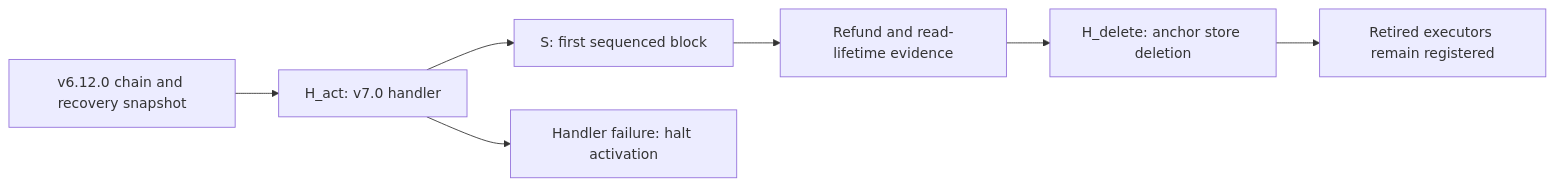
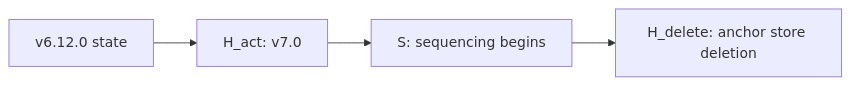
Before and after one commit to Sidiora-Labs/paxeer-monorepo: the diagram in spec/layerx-merge/docs/plans/activation-and-migration.md, drawn with Mermaid. The commit also changed other lines of this file and 19 other files, not shown here.

````diff
--- a/spec/layerx-merge/docs/plans/activation-and-migration.md
+++ b/spec/layerx-merge/docs/plans/activation-and-migration.md
@@ -24,9 +37,6 @@
 ```mermaid
 flowchart LR
-    A["v6.12.0 chain and recovery snapshot"] --> B["H_act: v7.0 handler"]
-    B --> C["S: first sequenced block"]
-    C --> D["Refund and read-lifetime evidence"]
-    D --> E["H_delete: anchor store deletion"]
-    B --> F["Handler failure: halt activation"]
-    E --> G["Retired executors remain registered"]
+    A["v6.12.0 state"] --> B["H_act: v7.0"]
+    B --> C["S: sequencing begins"]
+    C --> D["H_delete: anchor store deletion"]
 ```
````
